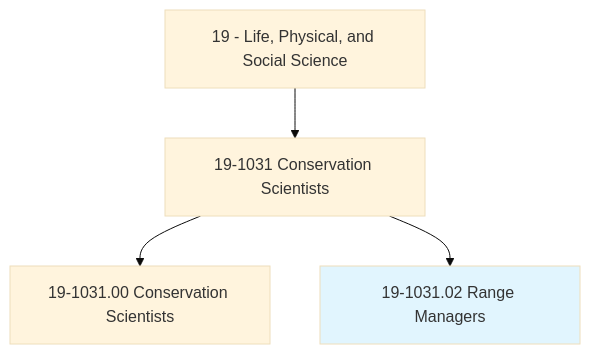
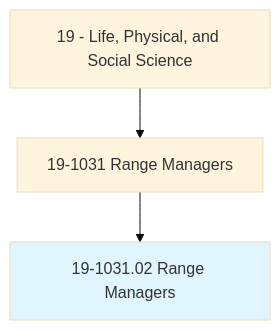
One commit to kziemski/business.org.ai changed the first of 4 diagrams in occupations/Science/RangeManagers.mdx. Above: the diagram before and after it, drawn with Mermaid (base theme). The commit also changed other lines of this file and 938 other files, not shown here.

````diff
--- a/occupations/Science/RangeManagers.mdx
+++ b/occupations/Science/RangeManagers.mdx
@@ -19,7 +23,6 @@
 ```mermaid
 graph TD
-    Cat19["19 - Life, Physical, and Social Science"] --> Group191031["19-1031 Conservation Scientists"]
-    Group191031 --> Base["19-1031.00 Conservation Scientists"]
+    Cat19["19 - Life, Physical, and Social Science"] --> Group191031["19-1031 Range Managers"]
     Group191031 --> Current["19-1031.02 Range Managers"]
     style Current fill:#e1f5fe
 ```
````
